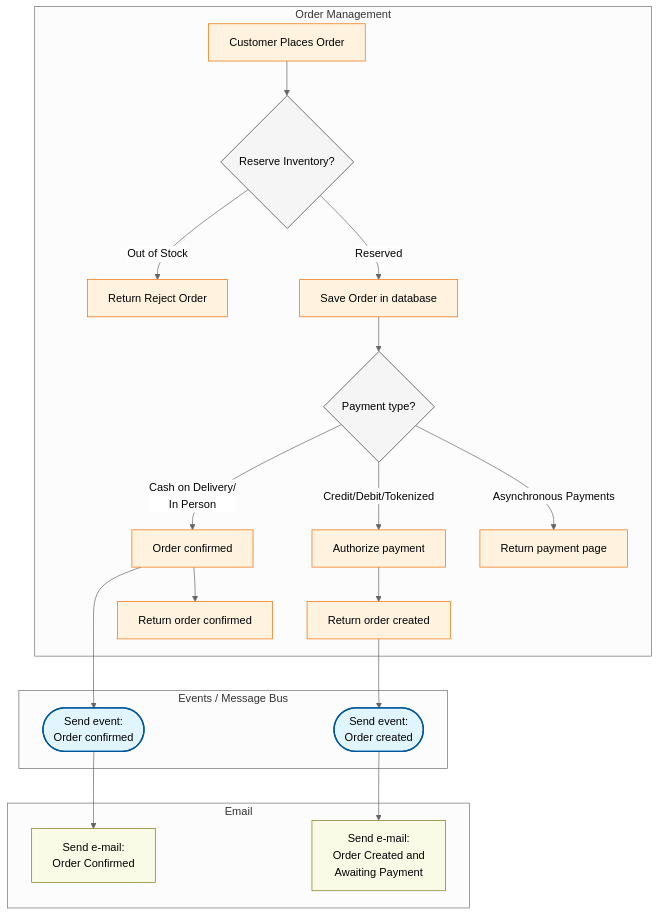
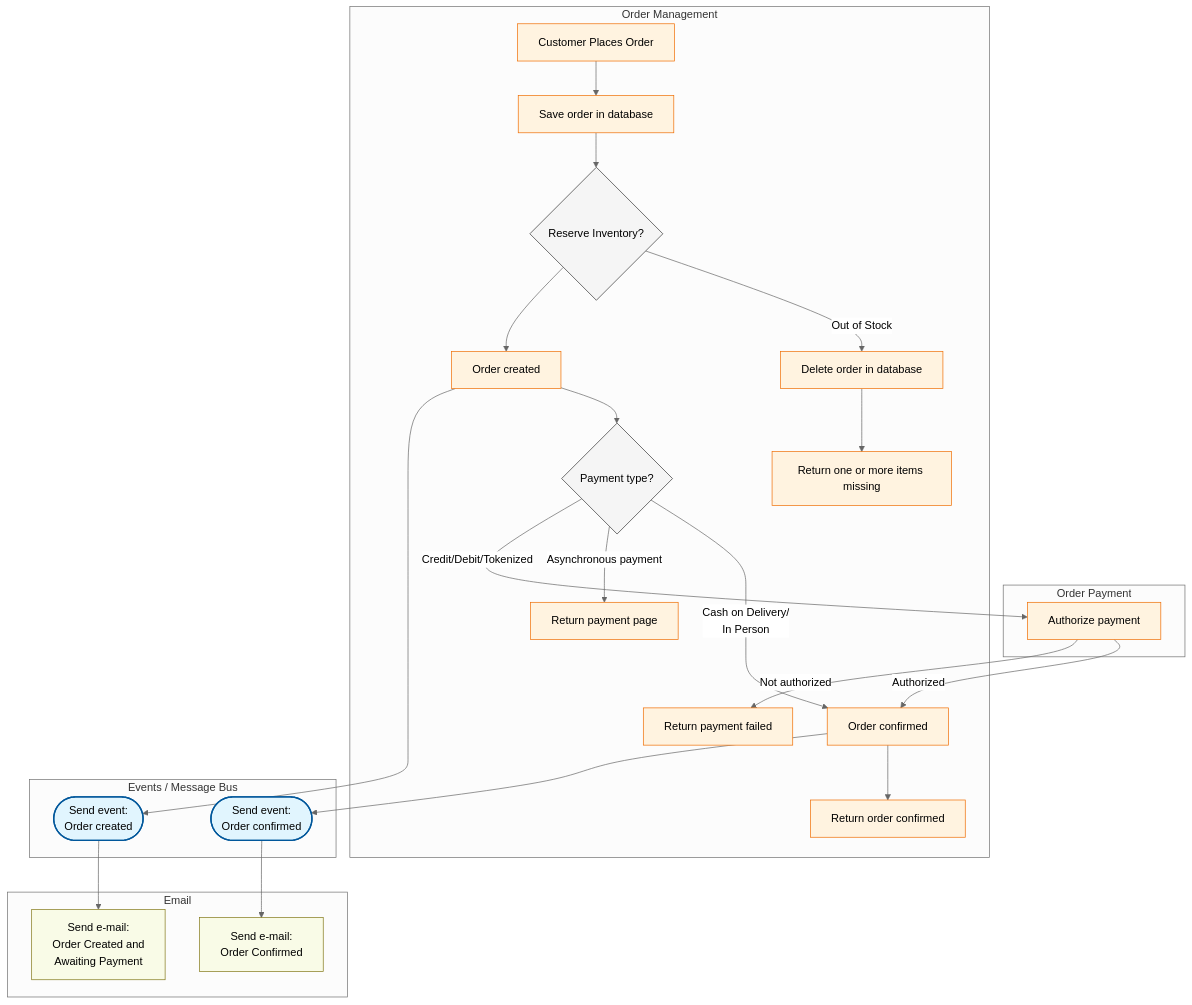
The first of 4 diagrams in README.md (RobertoFreireDev/Order-Management), drawn with Mermaid (neutral theme) before and after one commit.

Commit message:
update Order Creation

````diff
--- a/README.md
+++ b/README.md
@@ -5,42 +5,49 @@
 ```mermaid
 flowchart TD
     %% Subgraph Styling
     classDef event fill:#e1f5fe,stroke:#01579b,stroke-width:2px;
     classDef logic fill:#f5f5f5,stroke:#333,stroke-width:1px;
     classDef order fill:#fff3e0,stroke:#ef6c00,stroke-width:1px;
     classDef note fill:#f9fbe7,stroke:#827717,stroke-width:1px;
 
+    subgraph Order_Payment [Order Payment]
+        D5[Authorize payment]
+    end
+
     subgraph Order_Creation [Order Management]
-        A[Customer Places Order] --> B{Reserve Inventory?}
-        B -->|Out of Stock| C[Return Reject Order]
-        B --> |Reserved| D[Save Order in database]
-        D --> D2{Payment type?}
+        A[Customer Places Order] --> A1[Save order in database]
+        A1 --> B{Reserve Inventory?}
+        B -->|Out of Stock| B1[Delete order in database]
+        B1 --> C[Return one or more items missing]
+        B --> B2[Order created]
+        B2 --> D2{Payment type?}
         D2--> |"Cash on Delivery/<br/>In Person"| D1[Order confirmed]       
-        D2 --> |"Credit/Debit/Tokenized"| D5[Authorize payment]
-        D5 --> D4[Return order created]
-        D2 --> |"Asynchronous Payments"| E1[Return payment page]
+        D5 --> |"Authorized"| D1
+        D5 --> |"Not authorized"| D6[Return payment failed]
+        D2 --> |"Asynchronous payment"| E1[Return payment page]
         D1--> D3[Return order confirmed]
     end
 
     subgraph Events [Events / Message Bus]
         H([Send event:<br/>Order confirmed])
         H1([Send event:<br/>Order created])
     end
 
     subgraph Email [Email]
         I[Send e-mail: <br/>Order Confirmed]
         I1[Send e-mail: <br/>Order Created and<br/>Awaiting Payment]
     end
 
     %% Logic to Events
     H --> I
     H1 --> I1
+    D2 --> |"Credit/Debit/Tokenized"| D5
     D1 --> H
-    D4 --> H1
+    B2 --> H1
 
     %% Class Assignments
     class H,H1 event;
     class B,D2 logic;
-    class A,C,D,D1,D3,E1,D4,D5 order;
+    class A,A1,B1,B2,C,D,D1,D3,E1,D4,D5,D6 order;
     class I,I1 note;
 ```
````
